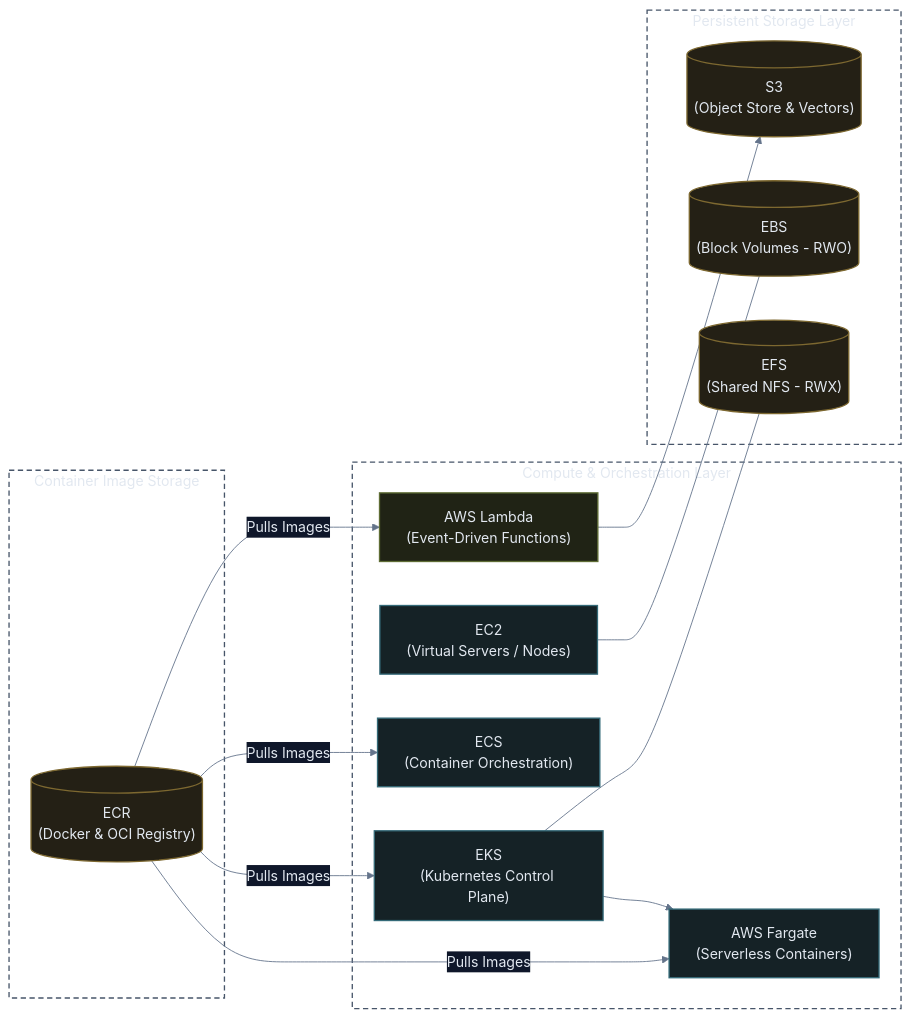
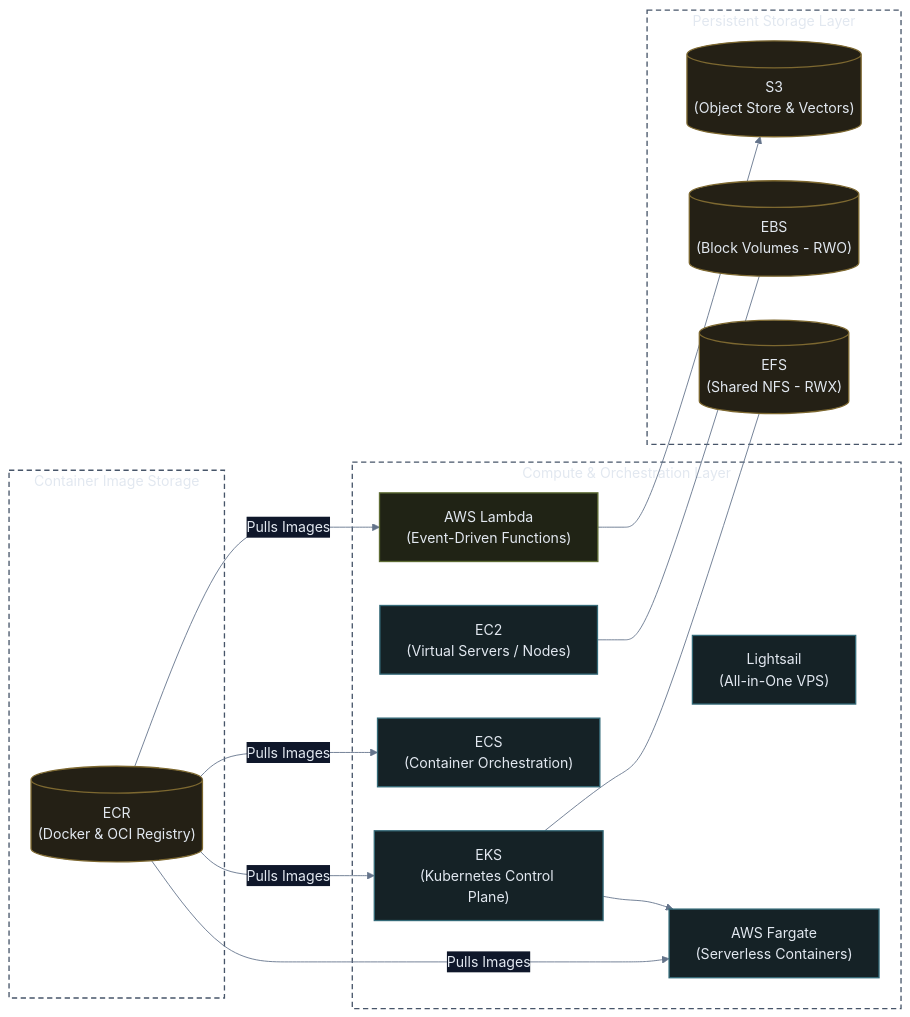
Before and after one commit to heinhtetzan/k8s-in-production: the first of 5 diagrams in 03-aws-services/services.md, drawn with Mermaid. The commit also changed other lines of this file, not shown here.

Commit message:
docs: add Amazon Lightsail service documentation and architectural comparison table

````diff
--- a/03-aws-services/services.md
+++ b/03-aws-services/services.md
@@ -36,57 +36,58 @@
 ```mermaid
 %%{init: {
   'theme': 'base',
   'themeVariables': {
     'darkMode': true,
     'background': '#0f172a',
     'primaryColor': '#1e293b',
     'primaryTextColor': '#e2e8f0',
     'primaryBorderColor': '#475569',
     'lineColor': '#64748b',
     'textColor': '#e2e8f0',
     'edgeLabelBackground': '#0f172a'
   },
   'themeCSS': '* { filter: none !important; box-shadow: none !important; } .node * { filter: none !important; } .cluster * { filter: none !important; }'
 }}%%
 graph LR
     subgraph Registry["Container Image Storage"]
         ECR[("ECR<br/>(Docker & OCI Registry)")]
     end
 
     subgraph Compute["Compute & Orchestration Layer"]
         EC2["EC2<br/>(Virtual Servers / Nodes)"]
+        Lightsail["Lightsail<br/>(All-in-One VPS)"]
         EKS["EKS<br/>(Kubernetes Control Plane)"]
         ECS["ECS<br/>(Container Orchestration)"]
         Fargate["AWS Fargate<br/>(Serverless Containers)"]
         Lambda["AWS Lambda<br/>(Event-Driven Functions)"]
     end
 
     subgraph Storage["Persistent Storage Layer"]
         S3[("S3<br/>(Object Store & Vectors)")]
         EBS[("EBS<br/>(Block Volumes - RWO)")]
         EFS[("EFS<br/>(Shared NFS - RWX)")]
     end
 
     ECR -->|Pulls Images| EKS
     ECR -->|Pulls Images| ECS
     ECR -->|Pulls Images| Fargate
     ECR -->|Pulls Images| Lambda
     EC2 --- EBS
     EKS --> Fargate
     EKS --- EFS
     Lambda --> S3
 
     %% Container Boundaries: Transparent BG with Muted Dashed and Dotted Strokes
     style Registry fill:none,stroke:#475569,stroke-width:1.5px,stroke-dasharray: 6 4,color:#e2e8f0;
     style Compute fill:none,stroke:#475569,stroke-width:1.5px,stroke-dasharray: 6 4,color:#e2e8f0;
     style Storage fill:none,stroke:#475569,stroke-width:1.5px,stroke-dasharray: 6 4,color:#e2e8f0;
 
     %% Component Classes
     classDef cCompute fill:#152226,stroke:#346a78,stroke-width:1.5px,color:#e2e8f0;
     classDef cWorker fill:#202315,stroke:#5f6d35,stroke-width:1.5px,color:#e2e8f0;
     classDef cStorage fill:#242015,stroke:#7d6830,stroke-width:1.5px,color:#e2e8f0;
 
-    class EC2,EKS,ECS,Fargate cCompute;
+    class EC2,Lightsail,EKS,ECS,Fargate cCompute;
     class Lambda cWorker;
     class ECR,S3,EBS,EFS cStorage;
 ```
````
